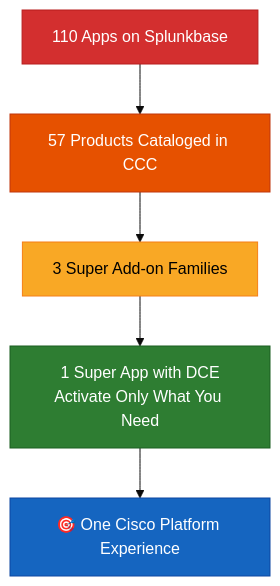
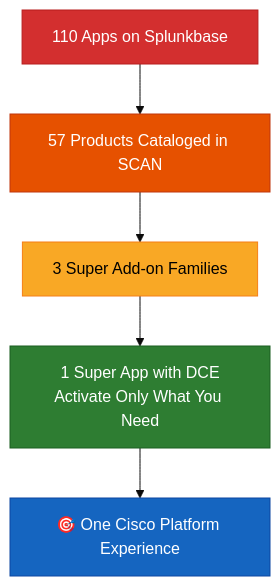
The eighth of 8 diagrams in docs/Cisco_Splunk_TA_Strategy_Presentation.md (splunk/splunk-cisco-app-navigator), drawn with Mermaid (base theme) before and after one commit. The commit also changed other lines of this file and 47 other files, not shown here.

````diff
--- a/docs/Cisco_Splunk_TA_Strategy_Presentation.md
+++ b/docs/Cisco_Splunk_TA_Strategy_Presentation.md
@@ -618,12 +628,12 @@
 ```mermaid
 graph TB
-    A["110 Apps on Splunkbase"] --> B["57 Products Cataloged in CCC"]
+    A["110 Apps on Splunkbase"] --> B["57 Products Cataloged in SCAN"]
     B --> C["3 Super Add-on Families"]
     C --> D["1 Super App with DCE<br/>Activate Only What You Need"]
     D --> E["🎯 One Cisco Platform Experience"]
     style A fill:#d32f2f,stroke:#b71c1c,color:#fff
     style B fill:#e65100,stroke:#bf360c,color:#fff
     style C fill:#f9a825,stroke:#f57f17,color:#000
     style D fill:#2e7d32,stroke:#1b5e20,color:#fff
     style E fill:#1565c0,stroke:#0d47a1,color:#fff
 ```
````
